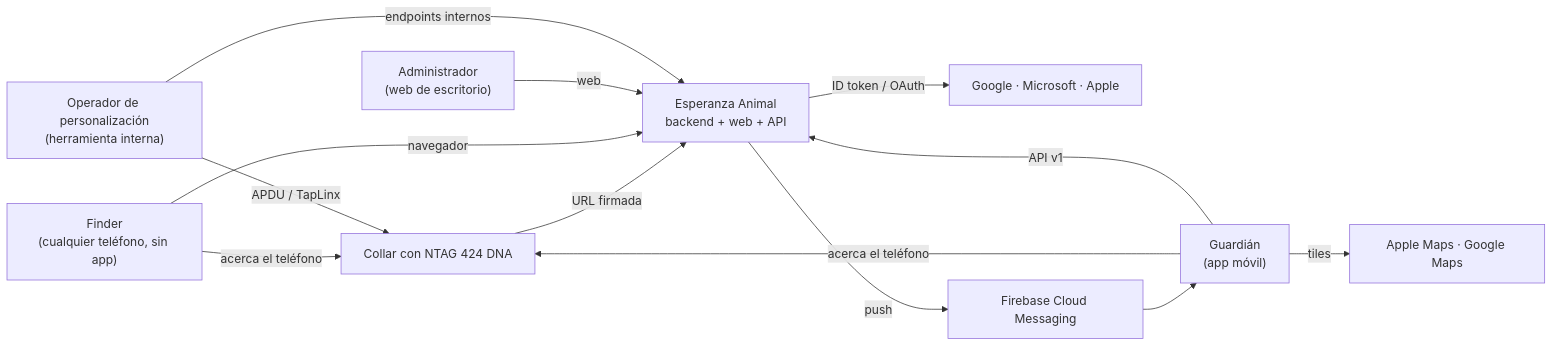
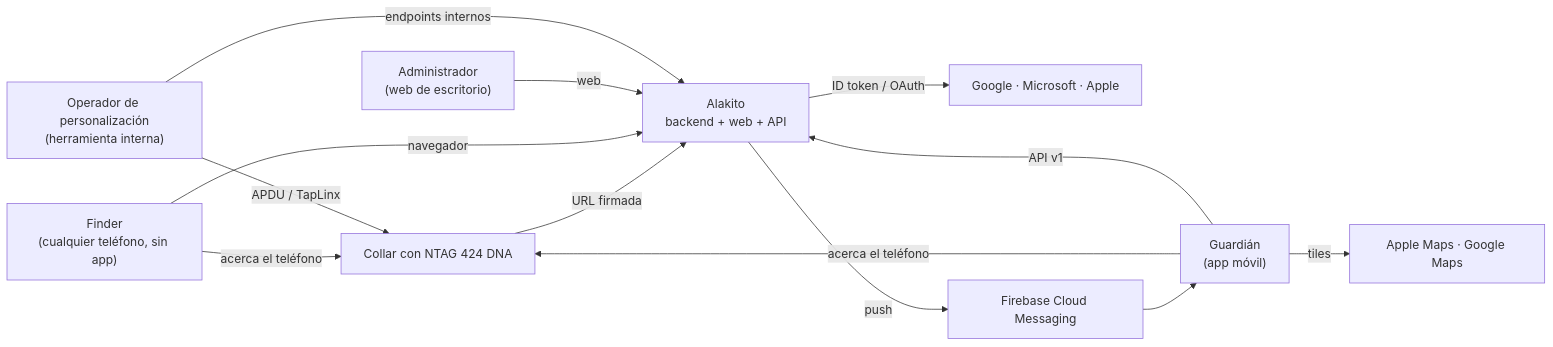
One commit to CHEM00/Esperanza-Animal-Mobile changed the first of 3 diagrams in docs/02-arquitectura.md. Above: the diagram before and after it, drawn with Mermaid. The commit also changed 20 other files, not shown here.

````diff
--- a/docs/02-arquitectura.md
+++ b/docs/02-arquitectura.md
@@ -5,24 +5,24 @@
 ```mermaid
 flowchart LR
   Finder["Finder<br/>(cualquier teléfono, sin app)"]
   Guardian["Guardián<br/>(app móvil)"]
   Admin["Administrador<br/>(web de escritorio)"]
   Operador["Operador de personalización<br/>(herramienta interna)"]
   Tag["Collar con NTAG 424 DNA"]
-  Sistema["Esperanza Animal<br/>backend + web + API"]
+  Sistema["Alakito<br/>backend + web + API"]
   OAuth["Google · Microsoft · Apple"]
   FCM["Firebase Cloud Messaging"]
   Mapas["Apple Maps · Google Maps"]
 
   Finder -- acerca el teléfono --> Tag
   Guardian -- acerca el teléfono --> Tag
   Tag -- URL firmada --> Sistema
   Finder -- navegador --> Sistema
   Guardian -- API v1 --> Sistema
   Admin -- web --> Sistema
   Operador -- endpoints internos --> Sistema
   Operador -- APDU / TapLinx --> Tag
   Sistema -- ID token / OAuth --> OAuth
   Sistema -- push --> FCM --> Guardian
   Guardian -- tiles --> Mapas
 ```
````
